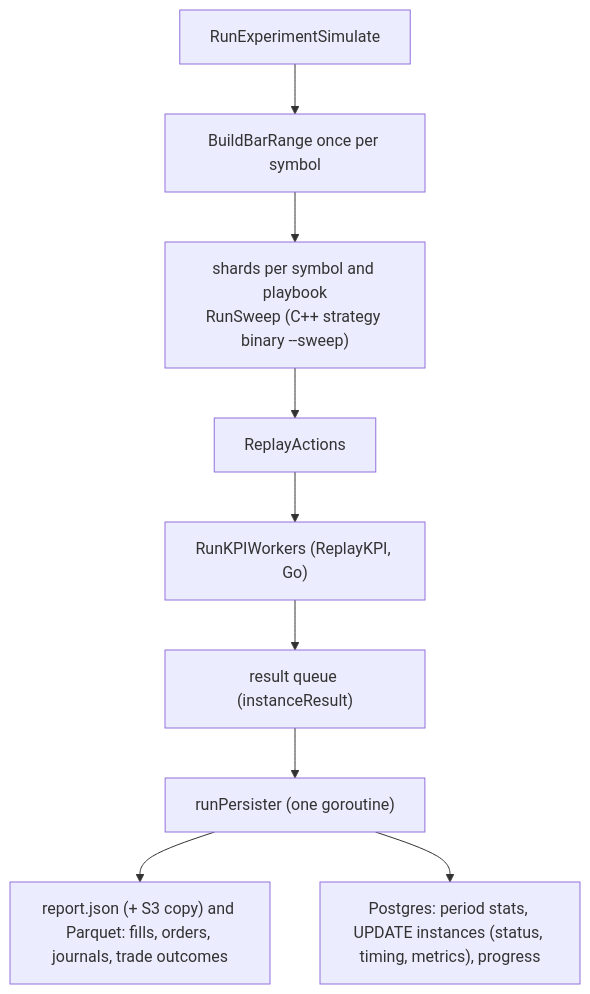
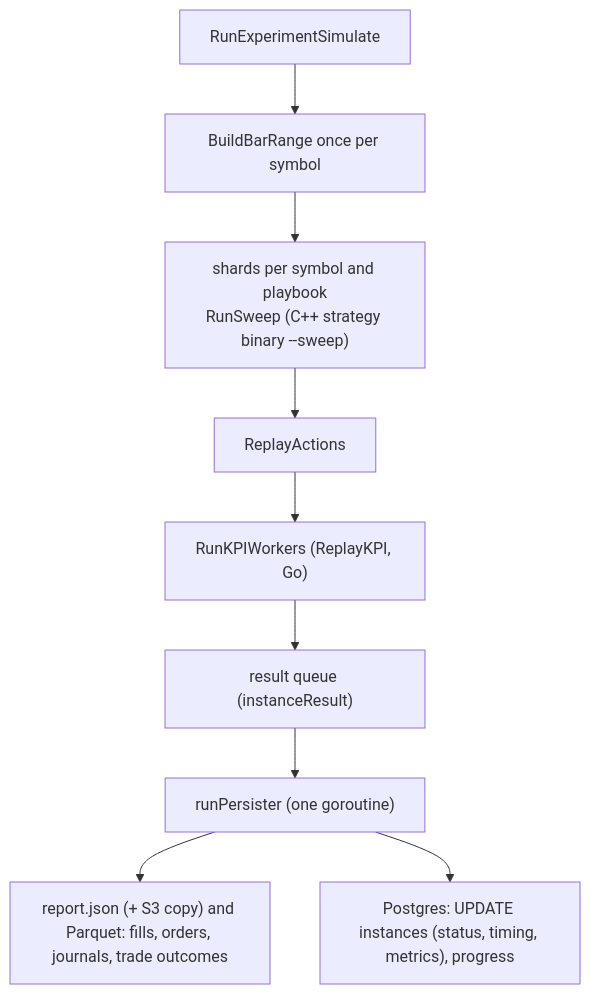
The second of 4 diagrams in docs/architecture/experiment-data-flow.md (MaxBernstetter/dagobert), drawn with Mermaid before and after one commit. The commit also changed other lines of this file and 26 other files, not shown here.

First line of the commit message:
Keep instance period stats in a Parquet file, not in Postgres

````diff
--- a/docs/architecture/experiment-data-flow.md
+++ b/docs/architecture/experiment-data-flow.md
@@ -40,11 +40,11 @@
 ```mermaid
 flowchart TD
     S["RunExperimentSimulate"] --> C1["BuildBarRange once per symbol"]
     C1 --> C2["shards per symbol and playbook<br/>RunSweep (C++ strategy binary --sweep)"]
     C2 --> C3["ReplayActions"]
     C3 --> C4["RunKPIWorkers (ReplayKPI, Go)"]
     C4 --> Q["result queue (instanceResult)"]
     Q --> PS["runPersister (one goroutine)"]
     PS --> R["report.json (+ S3 copy) and Parquet: fills, orders, journals, trade outcomes"]
-    PS --> PG["Postgres: period stats, UPDATE instances (status, timing, metrics), progress"]
+    PS --> PG["Postgres: UPDATE instances (status, timing, metrics), progress"]
 ```
````
